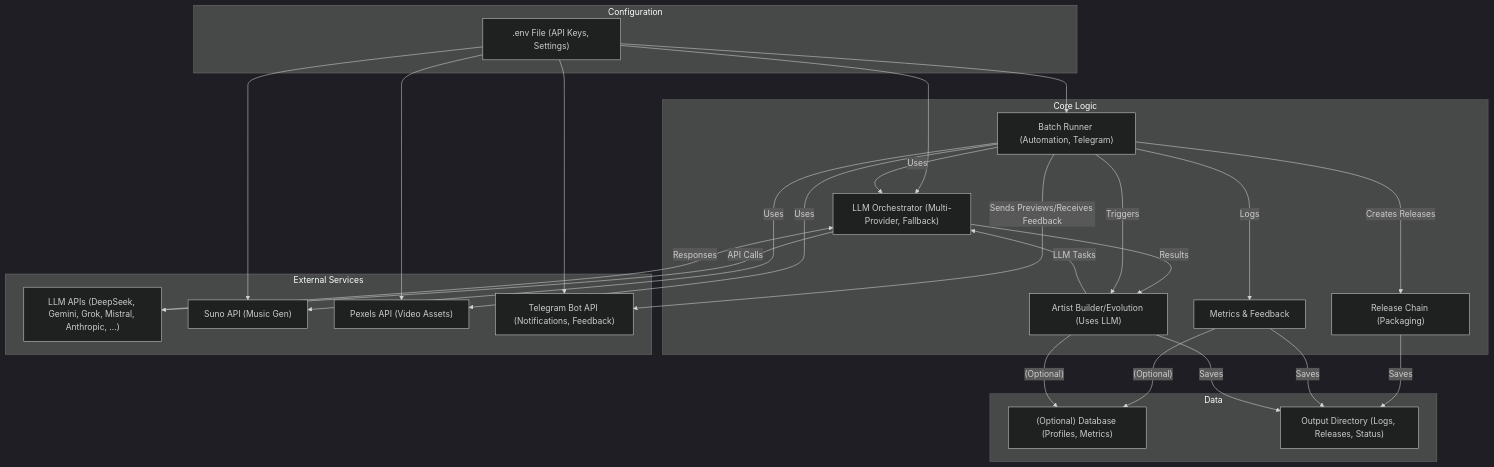
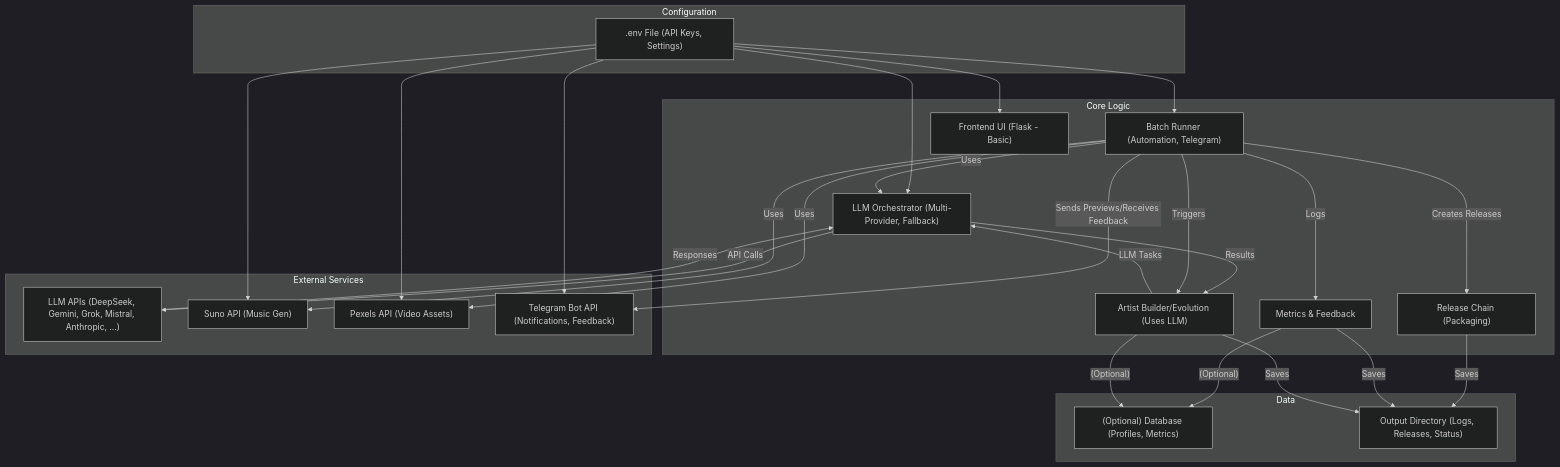
Before and after one commit to pavelraiden/noktvrn_ai_artist: the diagram in README.md, drawn with Mermaid (dark theme). The commit also changed other lines of this file and 72 other files, not shown here.

````diff
--- a/README.md
+++ b/README.md
@@ -29,52 +30,54 @@
 ```mermaid
 graph TD
     subgraph Configuration
         Env[".env File (API Keys, Settings)"]
     end
 
     subgraph Core Logic
         Builder["Artist Builder/Evolution (Uses LLM)"]
         Orchestrator["LLM Orchestrator (Multi-Provider, Fallback)"]
         BatchRunner["Batch Runner (Automation, Telegram)"]
         ReleaseChain["Release Chain (Packaging)"]
         Metrics["Metrics & Feedback"]
+        Frontend["Frontend UI (Flask - Basic)"]
     end
 
     subgraph External Services
         LLM_APIs["LLM APIs (DeepSeek, Gemini, Grok, Mistral, Anthropic, ...)"]
         Suno["Suno API (Music Gen)"]
         Pexels["Pexels API (Video Assets)"]
         Telegram["Telegram Bot API (Notifications, Feedback)"]
     end
 
     subgraph Data
         DB["(Optional) Database (Profiles, Metrics)"]
         Output["Output Directory (Logs, Releases, Status)"]
     end
 
     Env --> Orchestrator
     Env --> BatchRunner
     Env --> Suno
     Env --> Pexels
     Env --> Telegram
+    Env --> Frontend
 
     Builder -- LLM Tasks --> Orchestrator
     Orchestrator -- API Calls --> LLM_APIs
     LLM_APIs -- Responses --> Orchestrator
     Orchestrator -- Results --> Builder
 
     BatchRunner -- Triggers --> Builder
     BatchRunner -- Uses --> Orchestrator
     BatchRunner -- Uses --> Suno
     BatchRunner -- Uses --> Pexels
     BatchRunner -- Sends Previews/Receives Feedback --> Telegram
     BatchRunner -- Logs --> Metrics
     BatchRunner -- Creates Releases --> ReleaseChain
 
     ReleaseChain -- Saves --> Output
     Metrics -- Saves --> Output
     Builder -- Saves --> Output
 
     Metrics -- (Optional) --> DB
     Builder -- (Optional) --> DB
 ```
````
